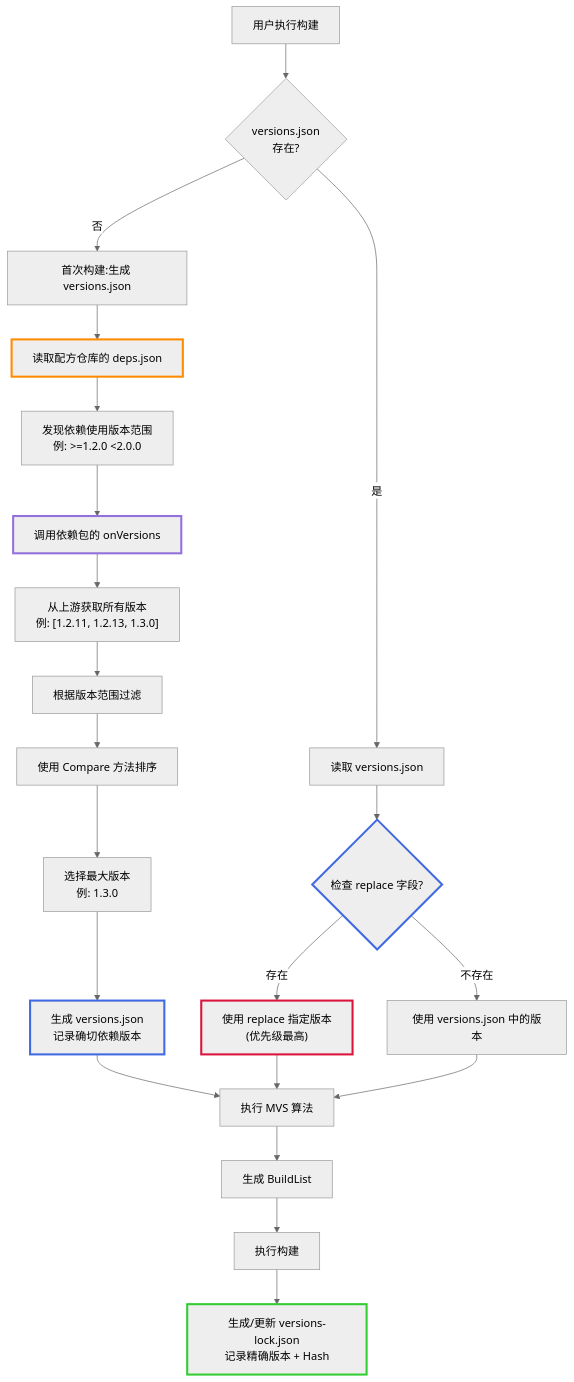
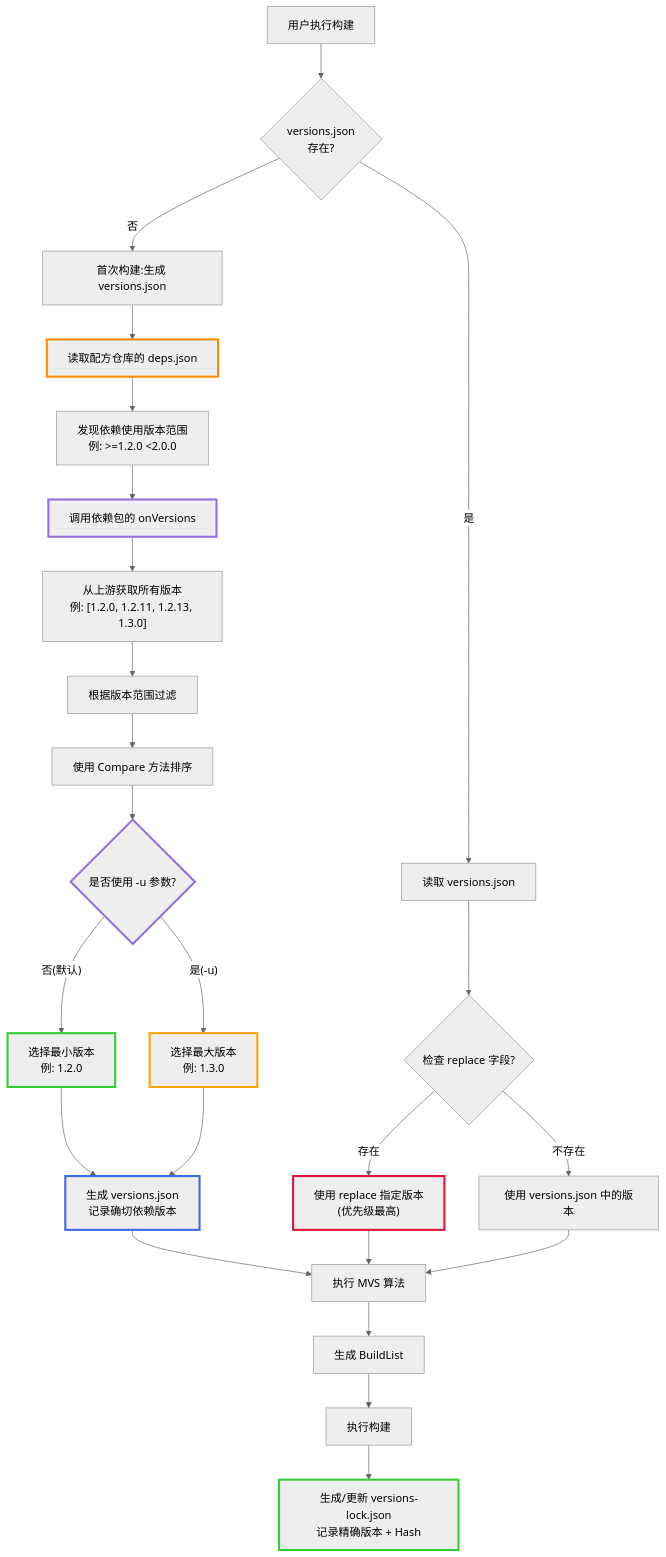
Before and after one commit to goplus/llar: the second of 7 diagrams in docs/version-range-design.md, drawn with Mermaid (neutral theme). The commit also changed other lines of this file and 4 other files, not shown here.

````diff
--- a/docs/version-range-design.md
+++ b/docs/version-range-design.md
@@ -76,34 +100,39 @@
 ```mermaid
 graph TD
 A["用户执行构建"] --> B{"versions.json<br/>存在?"}
 B -- "否" --> C["首次构建:生成 versions.json"]
 B -- "是" --> D["读取 versions.json"]
 
 C --> E["读取配方仓库的 deps.json"]
 E --> F["发现依赖使用版本范围<br/>例: >=1.2.0 <2.0.0"]
 F --> G["调用依赖包的 onVersions"]
-G --> H["从上游获取所有版本<br/>例: [1.2.11, 1.2.13, 1.3.0]"]
+G --> H["从上游获取所有版本<br/>例: [1.2.0, 1.2.11, 1.2.13, 1.3.0]"]
 H --> I["根据版本范围过滤"]
 I --> J["使用 Compare 方法排序"]
-J --> K["选择最大版本<br/>例: 1.3.0"]
-K --> L["生成 versions.json<br/>记录确切依赖版本"]
+J --> K{"是否使用 -u 参数?"}
+K -- "否(默认)" --> L["选择最小版本<br/>例: 1.2.0"]
+K -- "是(-u)" --> M["选择最大版本<br/>例: 1.3.0"]
+L --> N["生成 versions.json<br/>记录确切依赖版本"]
+M --> N
 
-D --> M{"检查 replace 字段?"}
-M -- "存在" --> N["使用 replace 指定版本<br/>(优先级最高)"]
-M -- "不存在" --> O["使用 versions.json 中的版本"]
+D --> P{"检查 replace 字段?"}
+P -- "存在" --> Q["使用 replace 指定版本<br/>(优先级最高)"]
+P -- "不存在" --> R["使用 versions.json 中的版本"]
 
-L --> P["执行 MVS 算法"]
-N --> P
-O --> P
+N --> S["执行 MVS 算法"]
+Q --> S
+R --> S
 
-P --> Q["生成 BuildList"]
-Q --> R["执行构建"]
-R --> S["生成/更新 versions-lock.json<br/>记录精确版本 + Hash"]
+S --> T["生成 BuildList"]
+T --> U["执行构建"]
+U --> V["生成/更新 versions-lock.json<br/>记录精确版本 + Hash"]
 
 style E stroke:#FF8C00,stroke-width:3px
 style G stroke:#9370DB,stroke-width:3px
-style L stroke:#4169E1,stroke-width:3px
-style M stroke:#4169E1,stroke-width:3px
-style N stroke:#DC143C,stroke-width:3px
-style S stroke:#32CD32,stroke-width:3px
+style K stroke:#9370DB,stroke-width:3px
+style L stroke:#32CD32,stroke-width:3px
+style M stroke:#FFA500,stroke-width:3px
+style N stroke:#4169E1,stroke-width:3px
+style Q stroke:#DC143C,stroke-width:3px
+style V stroke:#32CD32,stroke-width:3px
 ```
````
